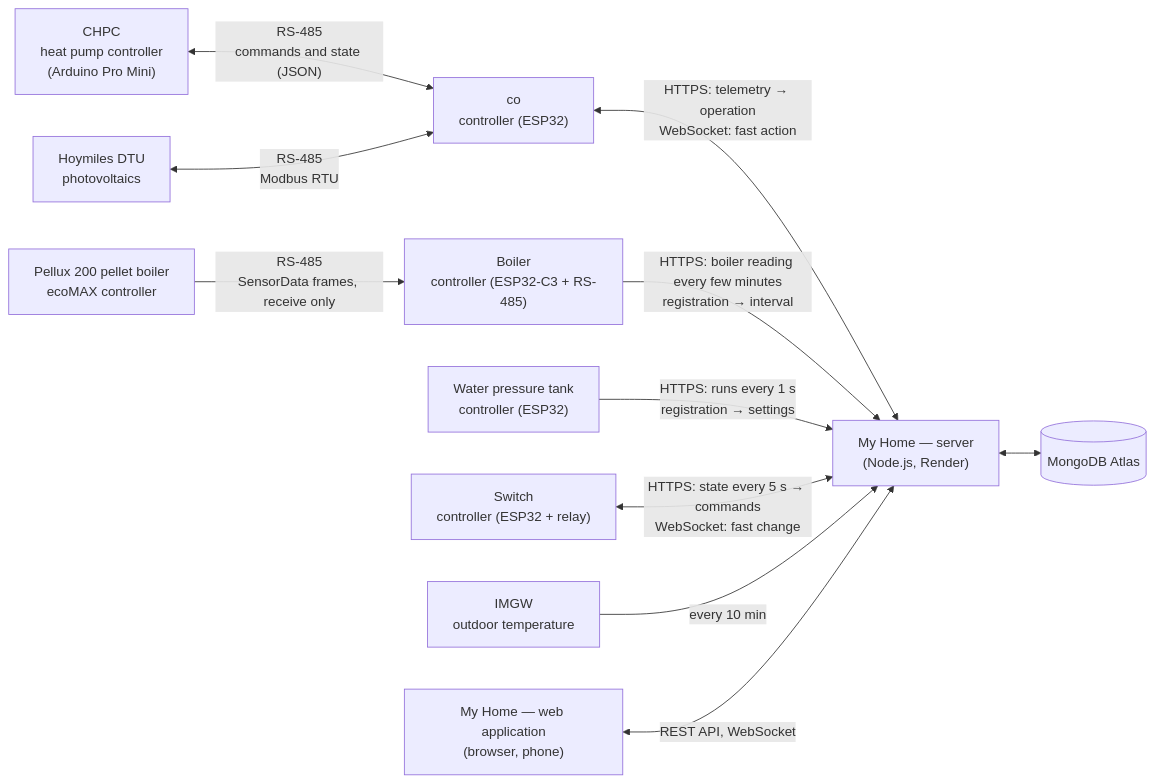
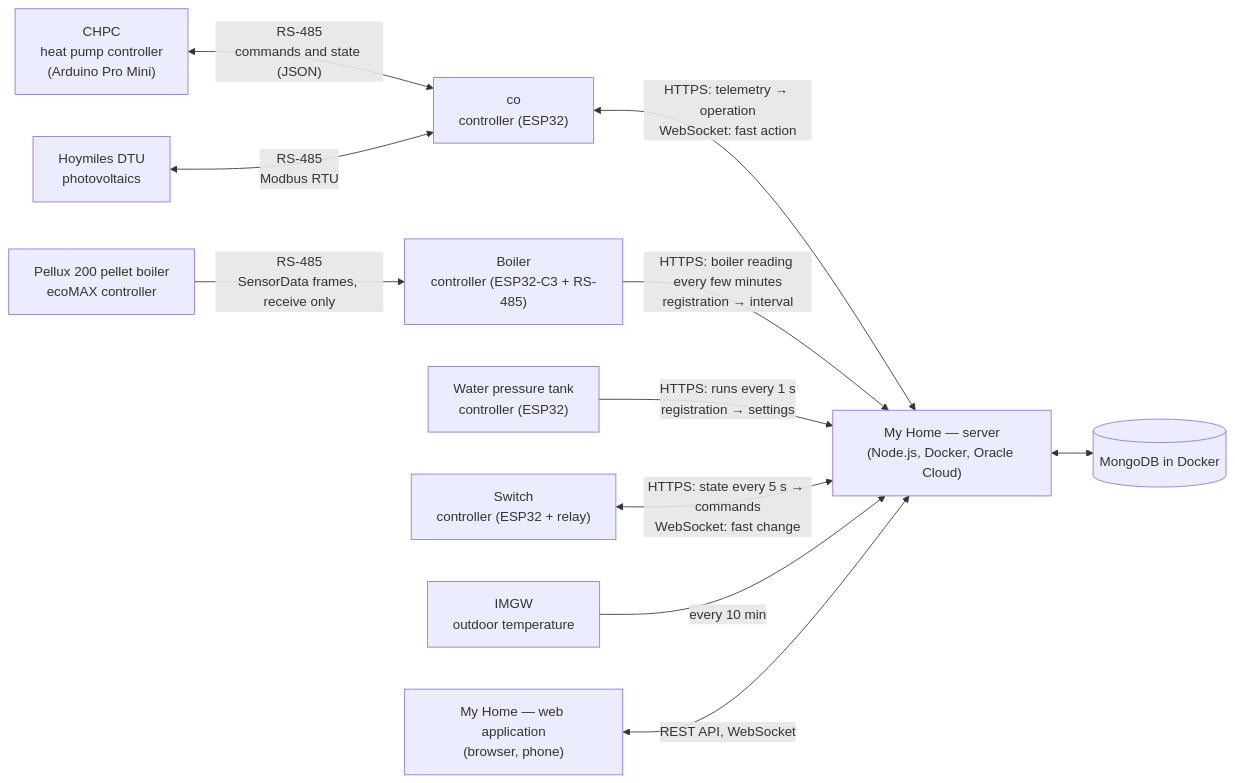
One commit to robertorlowski/my-home changed the diagram in docs/en/README.md. Above: the diagram before and after it, drawn with Mermaid. The commit also changed other lines of this file and 34 other files, not shown here.

````diff
--- a/docs/en/README.md
+++ b/docs/en/README.md
@@ -18,25 +18,25 @@
 ```mermaid
 flowchart LR
     CHPC["CHPC<br/>heat pump controller<br/>(Arduino Pro Mini)"]
     DTU["Hoymiles DTU<br/>photovoltaics"]
     CO["co<br/>controller (ESP32)"]
     ECO["Pellux 200 pellet boiler<br/>ecoMAX controller"]
     PEL["Boiler<br/>controller (ESP32-C3 + RS-485)"]
     HYD["Water pressure tank<br/>controller (ESP32)"]
     SW["Switch<br/>controller (ESP32 + relay)"]
-    SRV["My Home — server<br/>(Node.js, Render)"]
-    DB[("MongoDB Atlas")]
+    SRV["My Home — server<br/>(Node.js, Docker, Oracle Cloud)"]
+    DB[("MongoDB in Docker")]
     WEB["My Home — web application<br/>(browser, phone)"]
     IMGW["IMGW<br/>outdoor temperature"]
 
     CHPC <-- "RS-485<br/>commands and state (JSON)" --> CO
     DTU <-- "RS-485<br/>Modbus RTU" --> CO
     ECO -- "RS-485<br/>SensorData frames, receive only" --> PEL
     CO <-- "HTTPS: telemetry → operation<br/>WebSocket: fast action" --> SRV
     PEL -- "HTTPS: boiler reading every few minutes<br/>registration → interval" --> SRV
     HYD -- "HTTPS: runs every 1 s<br/>registration → settings" --> SRV
     SW <-- "HTTPS: state every 5 s → commands<br/>WebSocket: fast change" --> SRV
     IMGW -- "every 10 min" --> SRV
     SRV <--> DB
     WEB <-- "REST API, WebSocket" --> SRV
 ```
````
